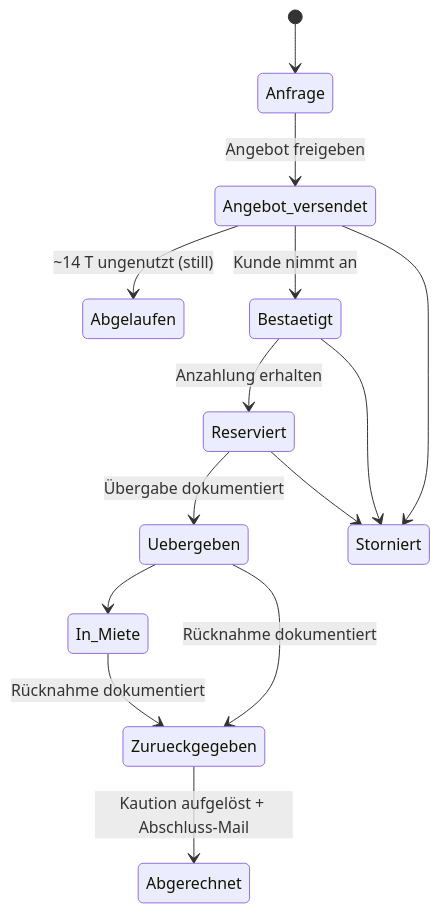
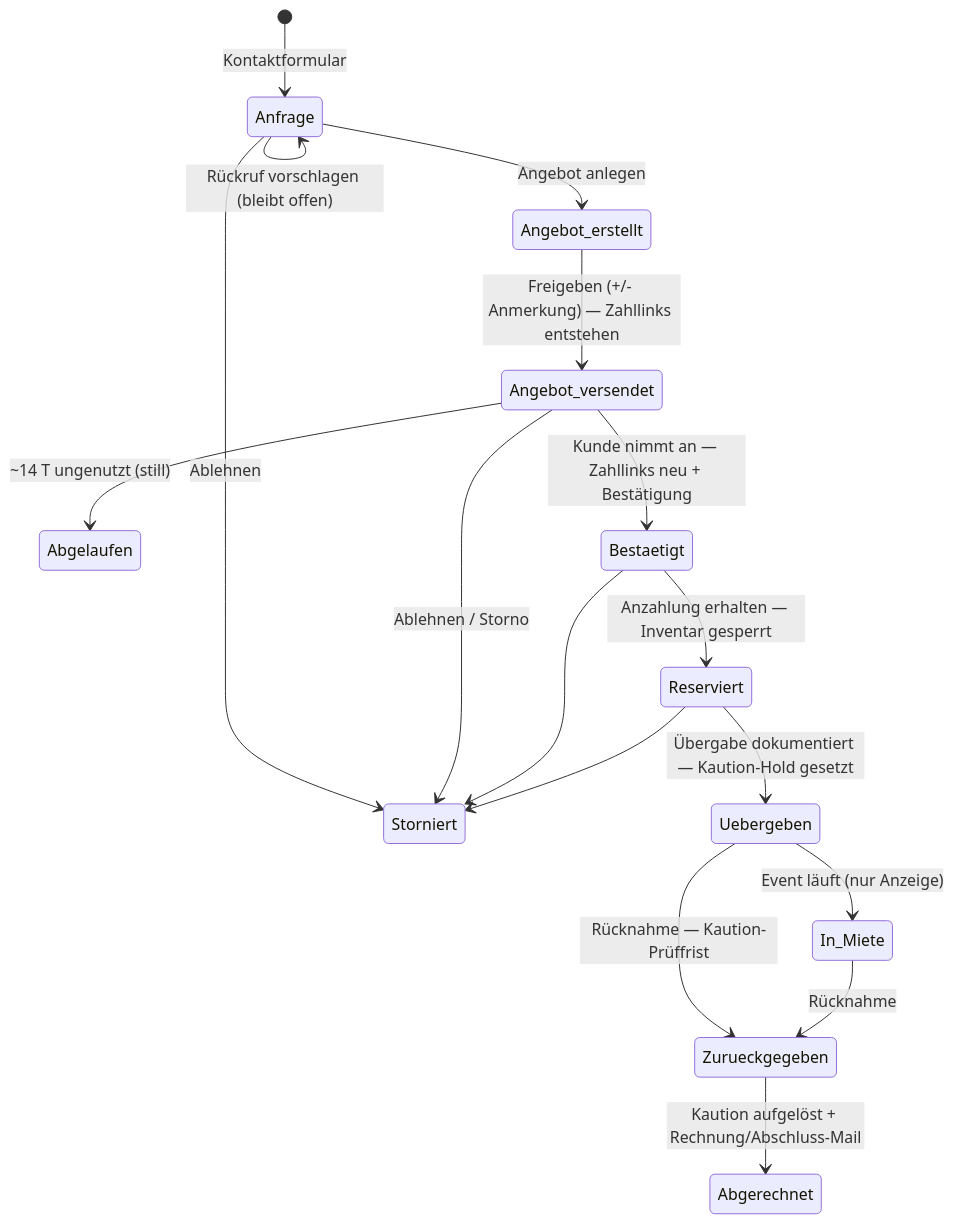
The first of 2 diagrams in docs/Eventverleih Bergstraße Betriebshandbuch.md (MB-SmartSystems/eventverleih-bergstrasse), drawn with Mermaid before and after one commit. The commit also changed other lines of this file, not shown here.

First line of the commit message:
Eventverleih-Handbuch: Lebenszyklus-Diagramm vollständig korrigiert (Code-verifiziert)

````diff
--- a/docs/Eventverleih Bergstraße Betriebshandbuch.md
+++ b/docs/Eventverleih Bergstraße Betriebshandbuch.md
@@ -93,16 +94,19 @@
 ```mermaid
 stateDiagram-v2
-    [*] --> Anfrage
-    Anfrage --> Angebot_versendet: Angebot freigeben
+    [*] --> Anfrage: Kontaktformular
+    Anfrage --> Anfrage: Rückruf vorschlagen (bleibt offen)
+    Anfrage --> Storniert: Ablehnen
+    Anfrage --> Angebot_erstellt: Angebot anlegen
+    Angebot_erstellt --> Angebot_versendet: Freigeben (+/- Anmerkung) — Zahllinks entstehen
     Angebot_versendet --> Abgelaufen: ~14 T ungenutzt (still)
-    Angebot_versendet --> Bestaetigt: Kunde nimmt an
-    Bestaetigt --> Reserviert: Anzahlung erhalten
-    Reserviert --> Uebergeben: Übergabe dokumentiert
-    Uebergeben --> In_Miete
-    Uebergeben --> Zurueckgegeben: Rücknahme dokumentiert
-    In_Miete --> Zurueckgegeben: Rücknahme dokumentiert
-    Zurueckgegeben --> Abgerechnet: Kaution aufgelöst + Abschluss-Mail
-    Angebot_versendet --> Storniert
+    Angebot_versendet --> Storniert: Ablehnen / Storno
+    Angebot_versendet --> Bestaetigt: Kunde nimmt an — Zahllinks neu + Bestätigung
+    Bestaetigt --> Reserviert: Anzahlung erhalten — Inventar gesperrt
     Bestaetigt --> Storniert
+    Reserviert --> Uebergeben: Übergabe dokumentiert — Kaution-Hold gesetzt
     Reserviert --> Storniert
+    Uebergeben --> In_Miete: Event läuft (nur Anzeige)
+    Uebergeben --> Zurueckgegeben: Rücknahme — Kaution-Prüffrist
+    In_Miete --> Zurueckgegeben: Rücknahme
+    Zurueckgegeben --> Abgerechnet: Kaution aufgelöst + Rechnung/Abschluss-Mail
 ```
````
